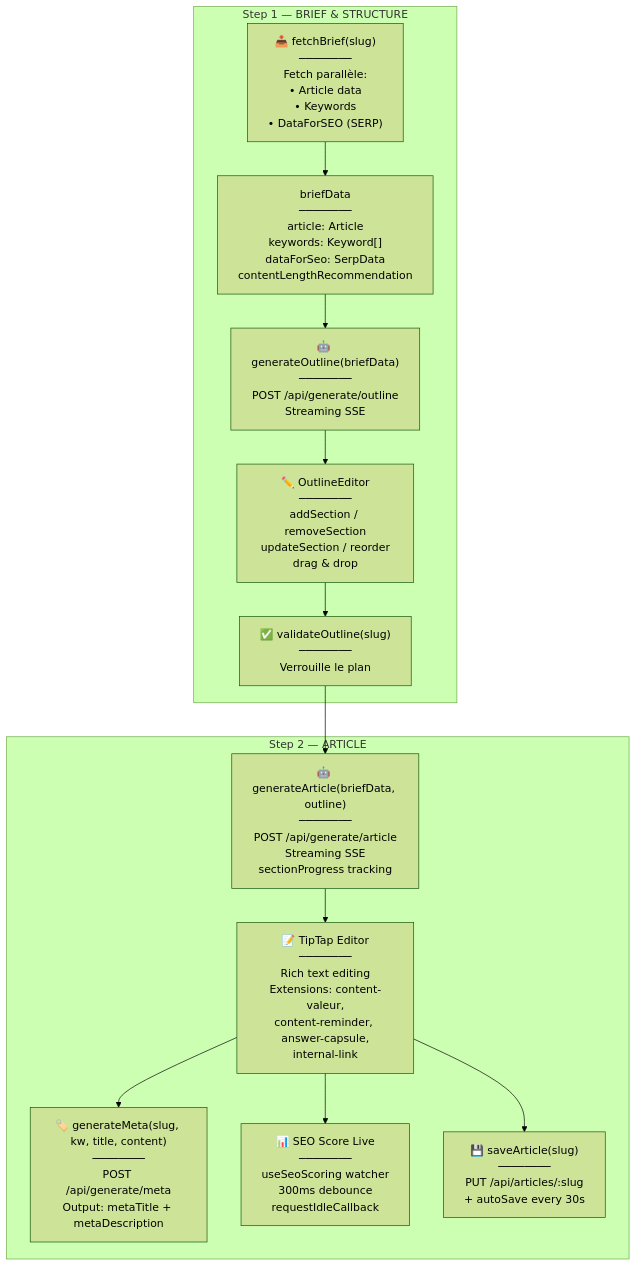
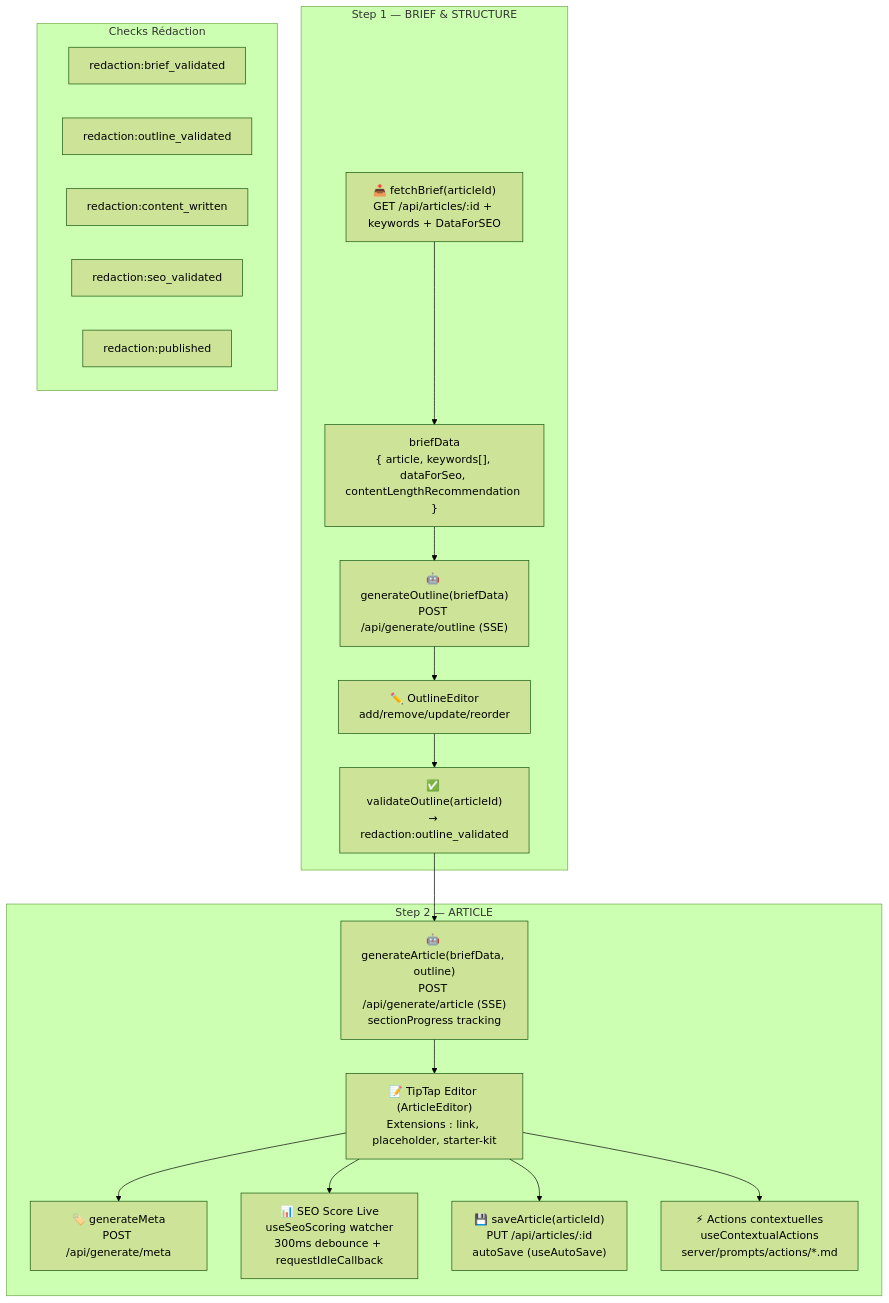
Diagram 13 of 24 in ARCHITECTURE_FLOWS.md (annubis-knight/Blog_Redactor_SEO), drawn with Mermaid (forest theme) before and after one commit. The commit also changed other lines of this file and 400 other files, not shown here.

````diff
--- a/ARCHITECTURE_FLOWS.md
+++ b/ARCHITECTURE_FLOWS.md
@@ -537,30 +609,37 @@
 ```mermaid
 graph TB
     subgraph Step1["Step 1 — BRIEF & STRUCTURE"]
-        FETCH["📥 fetchBrief(slug)<br>────────<br>Fetch parallèle:<br>• Article data<br>• Keywords<br>• DataForSEO (SERP)"]
-        BRIEF_DATA["briefData<br>────────<br>article: Article<br>keywords: Keyword[]<br>dataForSeo: SerpData<br>contentLengthRecommendation"]
-        GEN_OUTLINE["🤖 generateOutline(briefData)<br>────────<br>POST /api/generate/outline<br>Streaming SSE"]
-        EDIT_OUTLINE["✏️ OutlineEditor<br>────────<br>addSection / removeSection<br>updateSection / reorder<br>drag & drop"]
-        VALIDATE["✅ validateOutline(slug)<br>────────<br>Verrouille le plan"]
+        FETCH["📥 fetchBrief(articleId)<br>GET /api/articles/:id + keywords + DataForSEO"]
+        BRIEF_DATA["briefData<br>{ article, keywords[], dataForSeo, contentLengthRecommendation }"]
+        GEN_OUTLINE["🤖 generateOutline(briefData)<br>POST /api/generate/outline (SSE)"]
+        EDIT_OUTLINE["✏️ OutlineEditor<br>add/remove/update/reorder"]
+        VALIDATE["✅ validateOutline(articleId)<br>→ redaction:outline_validated"]
 
-        FETCH --> BRIEF_DATA
-        BRIEF_DATA --> GEN_OUTLINE
-        GEN_OUTLINE --> EDIT_OUTLINE
-        EDIT_OUTLINE --> VALIDATE
+        FETCH --> BRIEF_DATA --> GEN_OUTLINE --> EDIT_OUTLINE --> VALIDATE
     end
 
     subgraph Step2["Step 2 — ARTICLE"]
-        GEN_ARTICLE["🤖 generateArticle(briefData, outline)<br>────────<br>POST /api/generate/article<br>Streaming SSE<br>sectionProgress tracking"]
-        EDITOR["📝 TipTap Editor<br>────────<br>Rich text editing<br>Extensions: content-valeur,<br>content-reminder, answer-capsule,<br>internal-link"]
-        GEN_META["🏷️ generateMeta(slug, kw, title, content)<br>────────<br>POST /api/generate/meta<br>Output: metaTitle + metaDescription"]
-        SEO_LIVE["📊 SEO Score Live<br>────────<br>useSeoScoring watcher<br>300ms debounce<br>requestIdleCallback"]
-        SAVE_ART["💾 saveArticle(slug)<br>────────<br>PUT /api/articles/:slug<br>+ autoSave every 30s"]
+        GEN_ARTICLE["🤖 generateArticle(briefData, outline)<br>POST /api/generate/article (SSE)<br>sectionProgress tracking"]
+        EDITOR["📝 TipTap Editor (ArticleEditor)<br>Extensions : link, placeholder, starter-kit"]
+        GEN_META["🏷️ generateMeta<br>POST /api/generate/meta"]
+        SEO_LIVE["📊 SEO Score Live<br>useSeoScoring watcher<br>300ms debounce + requestIdleCallback"]
+        SAVE_ART["💾 saveArticle(articleId)<br>PUT /api/articles/:id<br>autoSave (useAutoSave)"]
+        ACTIONS["⚡ Actions contextuelles<br>useContextualActions<br>server/prompts/actions/*.md"]
 
         GEN_ARTICLE --> EDITOR
         EDITOR --> GEN_META
         EDITOR --> SEO_LIVE
         EDITOR --> SAVE_ART
+        EDITOR --> ACTIONS
     end
 
     VALIDATE --> GEN_ARTICLE
+
+    subgraph Checks["Checks Rédaction"]
+        RC1["redaction:brief_validated"]
+        RC2["redaction:outline_validated"]
+        RC3["redaction:content_written"]
+        RC4["redaction:seo_validated"]
+        RC5["redaction:published"]
+    end
 ```
````
